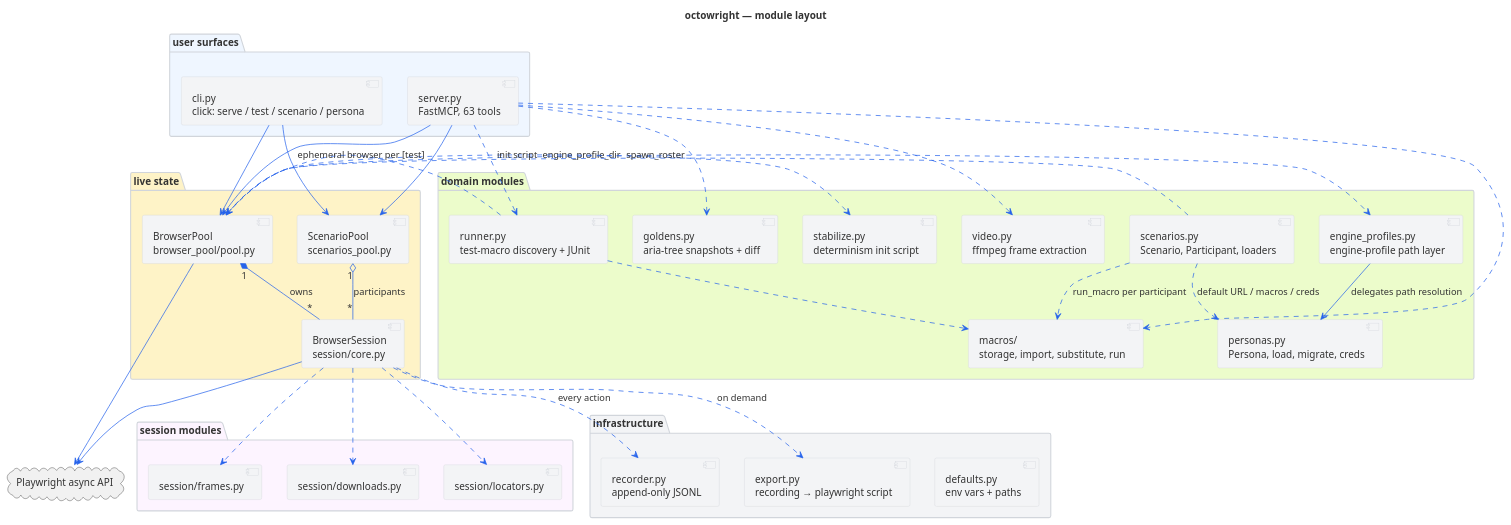
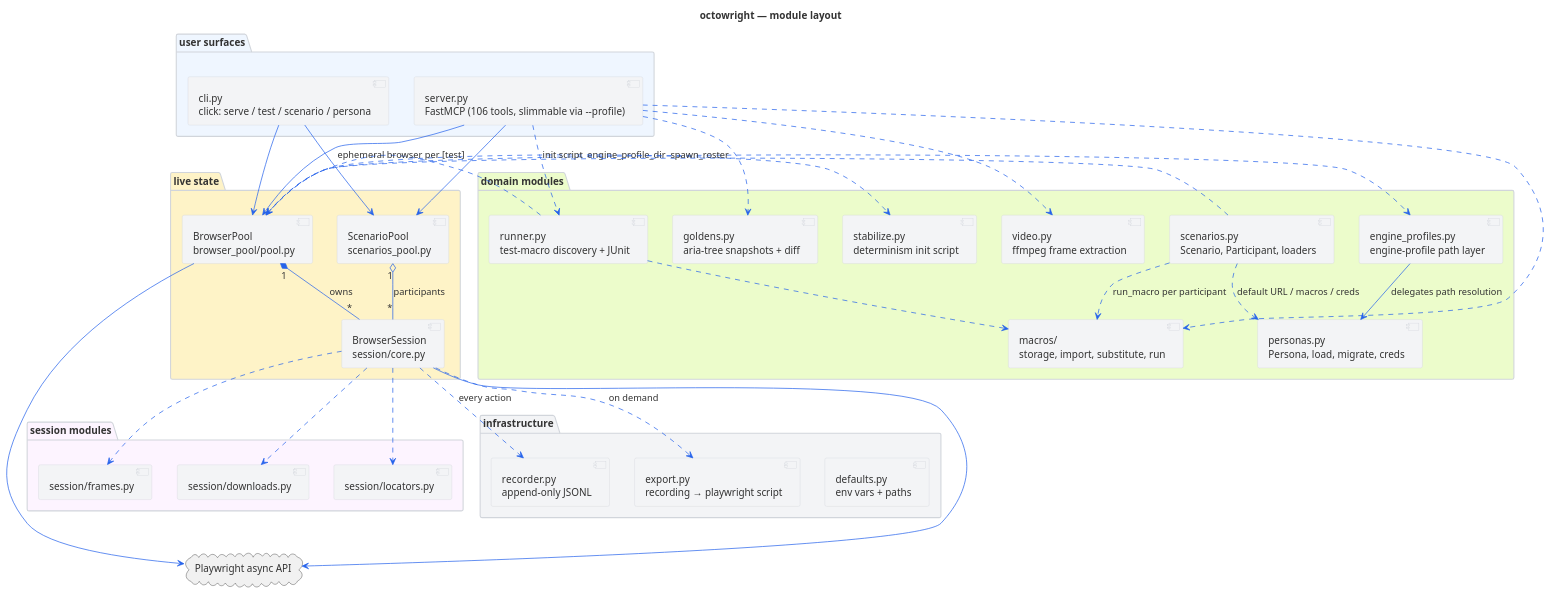
Before and after one commit to livingstaccato/octowright: the diagram in docs/architecture/component.puml, drawn with PlantUML. The commit also changed 12 other files, not shown here.

First line of the commit message:
docs(diagrams): reconcile tool counts, restructure cluttered diagrams, add png target

```diff
--- a/docs/architecture/component.puml
+++ b/docs/architecture/component.puml
@@ -5,85 +5,101 @@
 @startuml component
 title octowright — module layout
 
 skinparam backgroundColor #ffffff
 skinparam defaultFontColor #333333
 skinparam componentBorderColor #d1d5db
 skinparam componentBackgroundColor #f3f4f6
 skinparam packageBorderColor #d1d5db
 skinparam packageBackgroundColor #ffffff
 skinparam arrowColor #2563eb
 skinparam noteBorderColor #d1d5db
 skinparam noteBackgroundColor #f9fafb
 
+' Force top-to-bottom layering so user surfaces sit above live state
+' above session modules above the Playwright SDK boundary. This stops
+' the Playwright cloud from being placed off to a side, which used to
+' force session→PW and pool→PW arrows to cross multiple layers.
+top to bottom direction
+
 package "user surfaces" #eff6ff {
-  [server.py\nFastMCP, 63 tools] as SERVER
+  [server.py\nFastMCP (106 tools, slimmable via --profile)] as SERVER
   [cli.py\nclick: serve / test / scenario / persona] as CLI
 }
 
 package "live state" #fef3c7 {
   [BrowserPool\nbrowser_pool/pool.py] as POOL
   [BrowserSession\nsession/core.py] as SESSION
   [ScenarioPool\nscenarios_pool.py] as SPOOL
 }
 
-package "session modules" #fdf4ff {
-  [session/frames.py] as SF
-  [session/downloads.py] as SD
-  [session/locators.py] as SL
-}
-
 package "domain modules" #ecfccb {
   [personas.py\nPersona, load, migrate, creds] as PERSONAS
-  [engine_profiles.py\nengine-profile path layer] as PROFILES
+  [engine_profiles.py\nengine-profile path layer] as ENGPROF
   [scenarios.py\nScenario, Participant, loaders] as SCENARIOS
   [macros/\nstorage, import, substitute, run] as MACROS
   [runner.py\ntest-macro discovery + JUnit] as RUNNER
   [goldens.py\naria-tree snapshots + diff] as GOLDENS
   [video.py\nffmpeg frame extraction] as VIDEO
   [stabilize.py\ndeterminism init script] as STABILIZE
 }
 
+package "session modules" #fdf4ff {
+  [session/frames.py] as SF
+  [session/downloads.py] as SD
+  [session/locators.py] as SL
+}
+
 package "infrastructure" #f3f4f6 {
   [defaults.py\nenv vars + paths] as DEFAULTS
   [recorder.py\nappend-only JSONL] as RECORDER
   [export.py\nrecording → playwright script] as EXPORT
 }
 
+' Playwright sits below everything that talks to it; only BrowserSession
+' and BrowserPool drive it, so the arrows stay vertical and short.
 cloud "Playwright async API" as PW
 
-' user surfaces drive live state
+' ── user surfaces drive live state ──
 CLI --> POOL
 CLI --> SPOOL
 SERVER --> POOL
 SERVER --> SPOOL
 
-' live state composition
+' ── live state composition ──
 POOL "1" *-- "*" SESSION : owns
 SPOOL "1" o-- "*" SESSION : participants
 SESSION ..> SF
 SESSION ..> SD
 SESSION ..> SL
 
-' domain dependencies
-POOL ..> PROFILES : engine_profile_dir
+' ── domain dependencies ──
+POOL ..> ENGPROF : engine_profile_dir
 POOL ..> STABILIZE : init script
 SCENARIOS ..> PERSONAS : default URL / macros / creds
 SCENARIOS ..> MACROS : run_macro per participant
 SCENARIOS ..> POOL : spawn_roster
 RUNNER ..> MACROS
 RUNNER ..> POOL : ephemeral browser per [test]
 SERVER ..> RUNNER
 SERVER ..> GOLDENS
 SERVER ..> VIDEO
 SERVER ..> MACROS
 
-' artifacts
+' ── artifacts ──
 SESSION ..> RECORDER : every action
 SESSION ..> EXPORT : on demand
-PROFILES --> PERSONAS : delegates path resolution
+ENGPROF --> PERSONAS : delegates path resolution
 
-' playwright
+' ── playwright (kept vertical by top-to-bottom direction) ──
 SESSION --> PW
 POOL --> PW
 
+' Anchor PW below session modules / infrastructure so the SESSION→PW
+' and POOL→PW arrows stay short and vertical instead of crossing the
+' whole diagram diagonally. Without these hints PlantUML places PW
+' wherever Graphviz feels like, usually bottom-left.
+SF -[hidden]down-> PW
+SD -[hidden]down-> PW
+SL -[hidden]down-> PW
+
 @enduml
```
